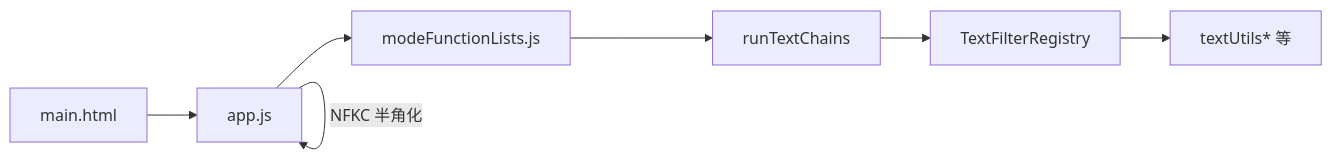
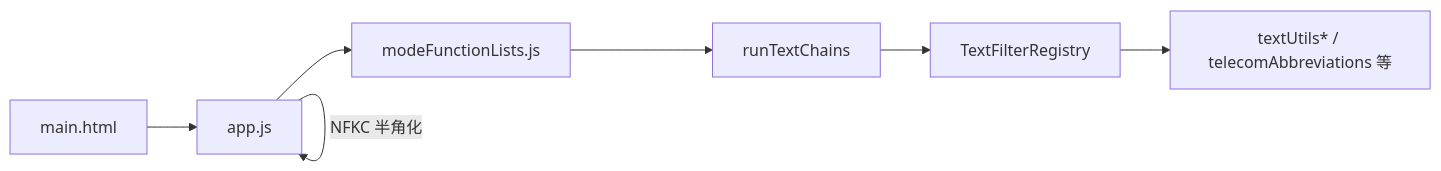
The diagram in filterRegistry/filterRegistry.md (tmusimesabaoi4i/Patent_Decision_Document_Converter_v2), drawn with Mermaid before and after one commit. The commit also changed other lines of this file and 1 other file, not shown here.

````diff
--- a/filterRegistry/filterRegistry.md
+++ b/filterRegistry/filterRegistry.md
@@ -13,16 +13,16 @@
 ```mermaid
 flowchart LR
   UI["main.html"]
   App["app.js"]
   Modes["modeFunctionLists.js"]
   Chains["runTextChains"]
   Registry["TextFilterRegistry"]
-  Filters["textUtils* 等"]
+  Filters["textUtils* / telecomAbbreviations 等"]
 
   UI --> App
   App -->|"NFKC 半角化"| App
   App --> Modes
   Modes --> Chains
   Chains --> Registry
   Registry --> Filters
 ```
````
